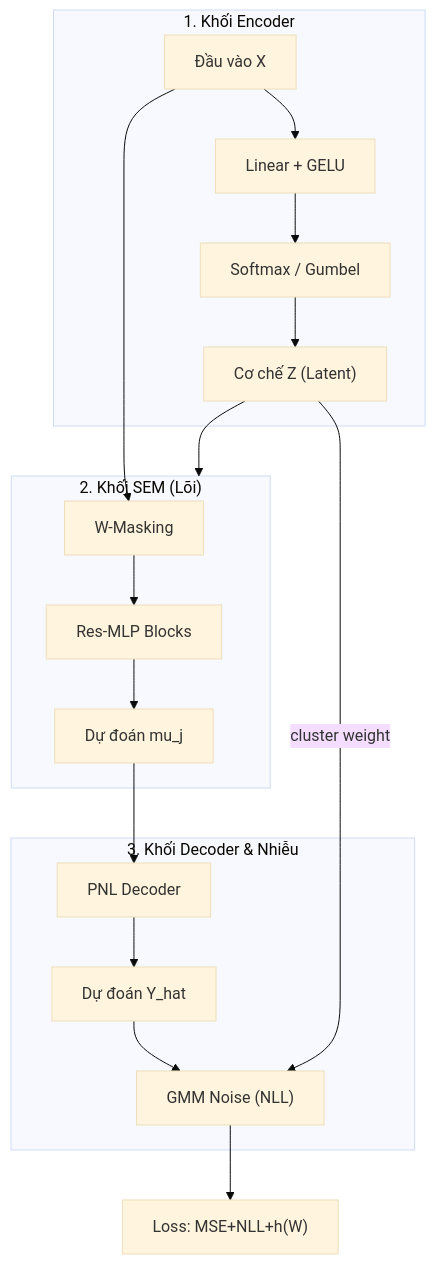
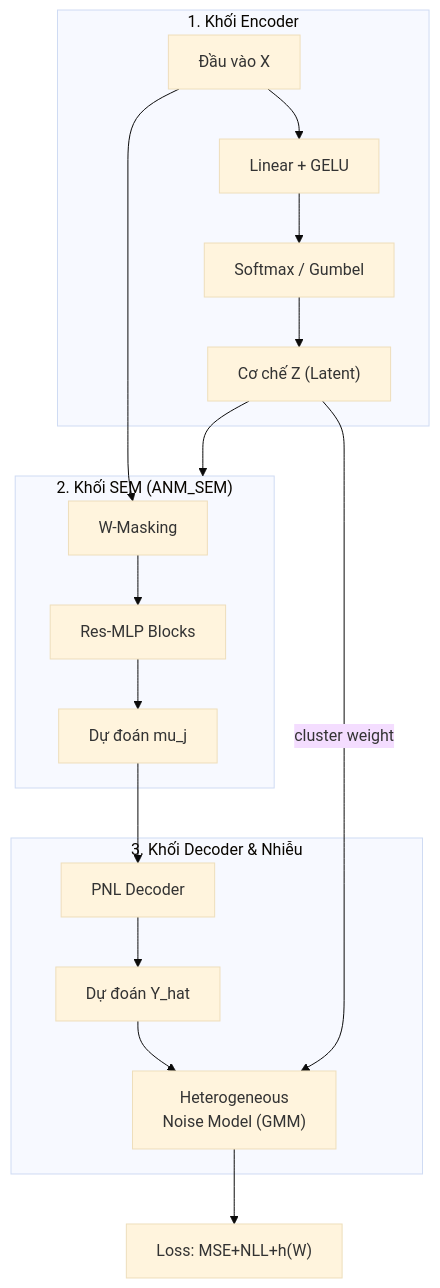
Before and after one commit to manhthai1706/DeepANM: the third of 5 diagrams in docx/Chuong3_MoHinhDeepANM.md, drawn with Mermaid (base theme).

Commit message:
docs: explicitly include HeterogeneousNoiseModel in MLP architecture diagram

````diff
--- a/docx/Chuong3_MoHinhDeepANM.md
+++ b/docx/Chuong3_MoHinhDeepANM.md
@@ -146,27 +146,27 @@
 ```mermaid
 graph TD
     In["Đầu vào X"]
     
     subgraph Enc_Block ["1. Khối Encoder"]
         In --> E1["Linear + GELU"]
         E1 --> E2["Softmax / Gumbel"]
         E2 --> Z["Cơ chế Z (Latent)"]
     end
     
     Z --> SEM_Block
     
-    subgraph SEM_Block ["2. Khối SEM (Lõi)"]
+    subgraph SEM_Block ["2. Khối SEM (ANM_SEM)"]
         In --> Mask["W-Masking"]
         Mask --> Res["Res-MLP Blocks"]
         Res --> Mu["Dự đoán mu_j"]
     end
     
     subgraph Dec_Block ["3. Khối Decoder & Nhiễu"]
-        Mu --> Dec["PNL Decoder"]
-        Dec --> YH["Dự đoán Y_hat"]
-        YH --> GMM["GMM Noise (NLL)"]
-        Z -->|cluster weight| GMM
+        Mu --> PNL["PNL Decoder"]
+        PNL --> YH["Dự đoán Y_hat"]
+        YH --> Noise["Heterogeneous<br/>Noise Model (GMM)"]
+        Z -->|cluster weight| Noise
     end
     
-    GMM --> Loss["Loss: MSE+NLL+h(W)"]
+    Noise --> Loss["Loss: MSE+NLL+h(W)"]
 ```
````
